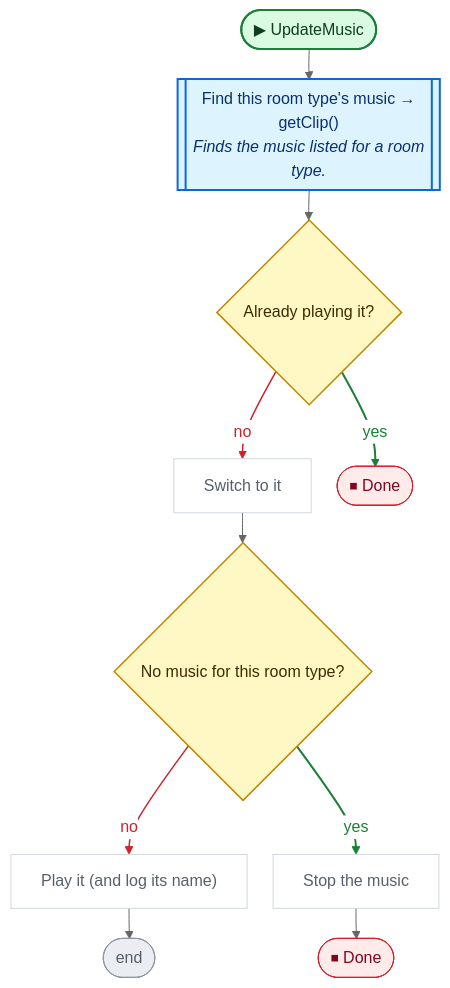
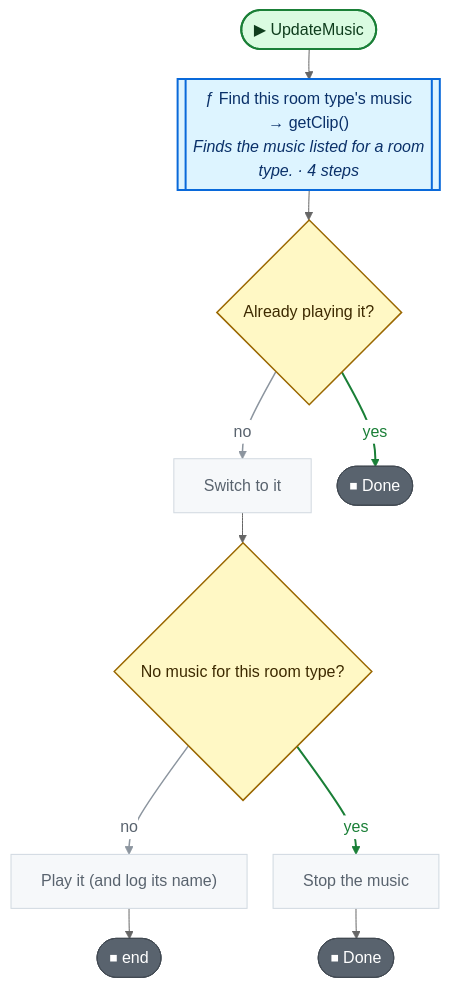
The second of 3 diagrams in CodeGraph~/graph/SoundPlayer.cs.md (nataiai/Lord-of-the-Dungeon), drawn with Mermaid (neutral theme) before and after one commit. The commit also changed other lines of this file and 57 other files, not shown here.

````diff
--- a/CodeGraph~/graph/SoundPlayer.cs.md
+++ b/CodeGraph~/graph/SoundPlayer.cs.md
@@ -60,53 +62,53 @@
 ```mermaid
 ---
 config:
   flowchart:
     wrappingWidth: 260
     nodeSpacing: 26
     rankSpacing: 30
 ---
 flowchart TD
   nS(["▶ UpdateMusic"])
-  n36f7de[["Find this room type's music →<br>getClip()<br><i>Finds the music listed for a room</i><br><i>type.</i>"]]
+  n36f7de[["ƒ Find this room type's music<br>→ getClip()<br><i>Finds the music listed for a room</i><br><i>type. · 4 steps</i>"]]
   naa39bd{"Already playing it?"}
   n2859ea["Switch to it"]
   nf64e6c{"No music for this room type?"}
   n0bb8b6["Stop the music"]
   nd3e7d9["Play it (and log its name)"]
-  nE(["end"])
+  nE(["⏹ end"])
   nb2e4fc(["⏹ Done"])
   n8ac8b5(["⏹ Done"])
   nS --> n36f7de
   n36f7de --> naa39bd
   naa39bd -->|no| n2859ea
   naa39bd -->|yes| nb2e4fc
   n2859ea --> nf64e6c
   n0bb8b6 --> n8ac8b5
   nf64e6c -->|no| nd3e7d9
   nf64e6c -->|yes| n0bb8b6
   nd3e7d9 --> nE
-  linkStyle 2 stroke:#cf222e,stroke-width:1.5px,color:#cf222e
+  linkStyle 2 stroke:#8c959f,stroke-width:1.5px,color:#59636e
   linkStyle 3 stroke:#1a7f37,stroke-width:2px,color:#1a7f37
-  linkStyle 6 stroke:#cf222e,stroke-width:1.5px,color:#cf222e
+  linkStyle 6 stroke:#8c959f,stroke-width:1.5px,color:#59636e
   linkStyle 7 stroke:#1a7f37,stroke-width:2px,color:#1a7f37
   classDef unity fill:#dafbe1,stroke:#1a7f37,stroke-width:2px,color:#0f3d1d
   classDef start fill:#dafbe1,stroke:#1a7f37,stroke-width:2px,color:#0f3d1d
-  classDef calc fill:#ffffff,stroke:#d0d7de,color:#57606a
+  classDef calc fill:#f6f8fa,stroke:#d1d9e0,color:#59636e
   classDef calls fill:#ddf4ff,stroke:#0969da,stroke-width:2px,color:#0a3069
-  classDef ext fill:#ddf4ff,stroke:#0969da,stroke-width:2px,stroke-dasharray:5 3,color:#0a3069
-  classDef cond fill:#fff8c5,stroke:#bf8700,stroke-width:1.5px,color:#3d2a00
-  classDef loop fill:#f6f8fa,stroke:#57606a,color:#1f2328
-  classDef exit fill:#ffebe9,stroke:#cf222e,color:#82071e
+  classDef ext fill:#f6f8fa,stroke:#59636e,stroke-width:1.5px,stroke-dasharray:5 5,color:#1f2328
+  classDef cond fill:#fff8c5,stroke:#9a6700,stroke-width:1.5px,color:#3d2a00
+  classDef loop fill:#fff8c5,stroke:#9a6700,color:#3d2a00
+  classDef wait fill:#fff8c5,stroke:#9a6700,color:#3d2a00
+  classDef exit fill:#59636e,stroke:#424a53,color:#ffffff
+  classDef fin fill:#59636e,stroke:#424a53,color:#ffffff
+  classDef act fill:#ffffff,stroke:#59636e,stroke-width:1.5px,color:#1f2328
   classDef kill fill:#ffebe9,stroke:#cf222e,stroke-width:2px,color:#82071e
-  classDef spawn fill:#dafbe1,stroke:#1a7f37,stroke-width:2px,color:#0f3d1d
-  classDef wait fill:#fff1e5,stroke:#bc4c00,color:#4d1d00
-  classDef fin fill:#eaeef2,stroke:#8c959f,color:#57606a
   classDef join fill:#d0d7de,stroke:#8c959f,color:#57606a
   classDef ghdr fill:#f5f9ff,stroke:#f5f9ff,color:#0a3069,font-weight:bold
   class n2859ea,n0bb8b6,nd3e7d9 calc
   class n36f7de calls
   class naa39bd,nf64e6c cond
   class nb2e4fc,n8ac8b5 exit
   class nE fin
   class nS start
 ```
````
